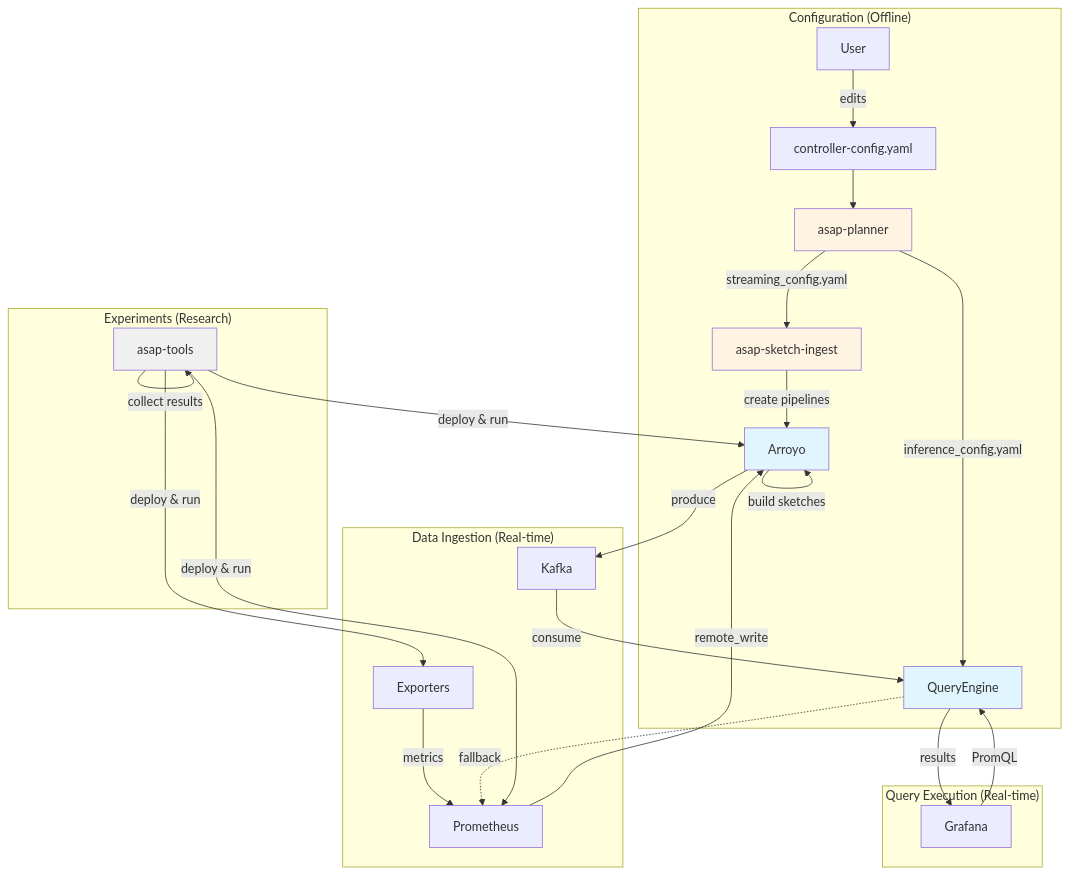
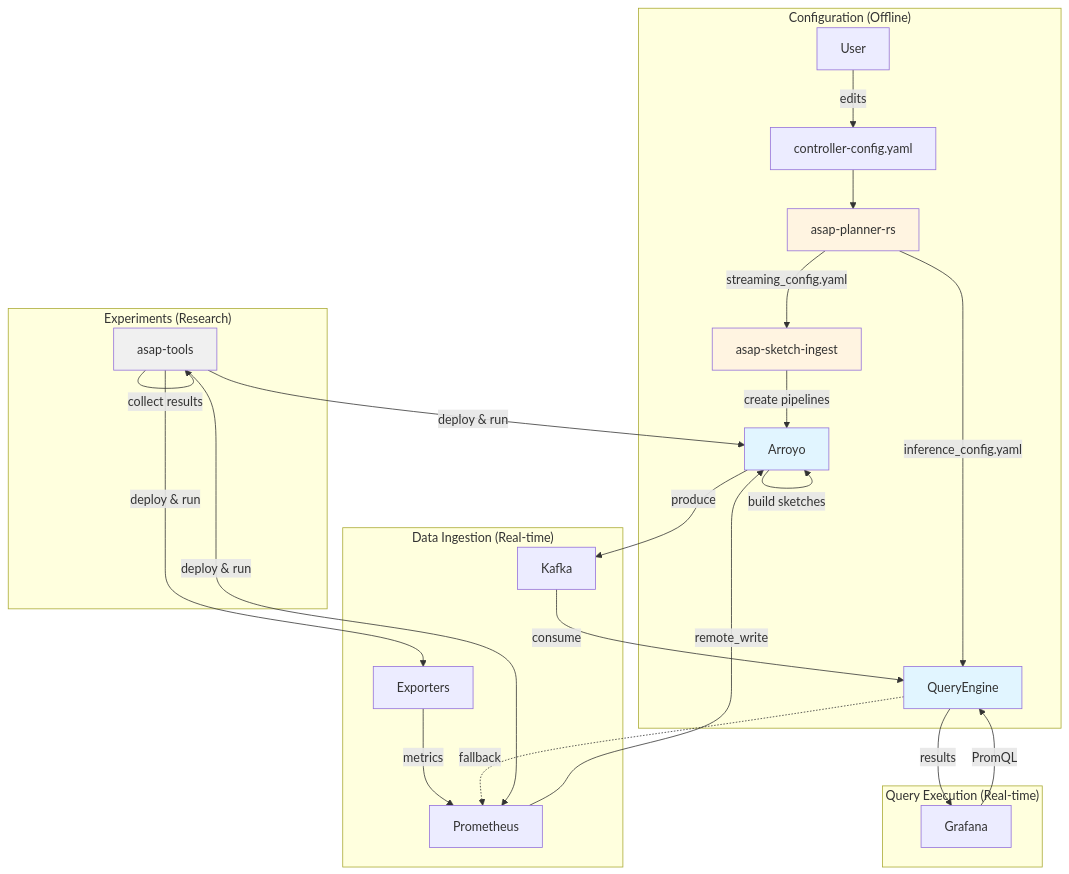
Before and after one commit to ProjectASAP/ASAPQuery: the diagram in docs/02-components/README.md, drawn with Mermaid. The commit also changed other lines of this file and 30 other files, not shown here.

Commit message:
Removed python asap-planner as it superseded by Rust asap-planner-rs

````diff
--- a/docs/02-components/README.md
+++ b/docs/02-components/README.md
@@ -18,37 +18,37 @@
 ```mermaid
 graph TB
     subgraph "Configuration (Offline)"
         U[User] -->|edits| CC[controller-config.yaml]
-        CC --> C[asap-planner]
+        CC --> C[asap-planner-rs]
         C -->|streaming_config.yaml| AS[asap-sketch-ingest]
         C -->|inference_config.yaml| Q
         AS -->|create pipelines| A
     end
 
     subgraph "Data Ingestion (Real-time)"
         E[Exporters] -->|metrics| P[Prometheus]
         P -->|remote_write| A[Arroyo]
         A -->|build sketches| A
         A -->|produce| K[Kafka]
     end
 
     subgraph "Query Execution (Real-time)"
         K -->|consume| Q[QueryEngine]
         G[Grafana] -->|PromQL| Q
         Q -->|results| G
         Q -.->|fallback| P
     end
 
     subgraph "Experiments (Research)"
         EXP[asap-tools] -->|deploy & run| E
         EXP -->|deploy & run| P
         EXP -->|deploy & run| A
         EXP -->|collect results| EXP
     end
 
     style C fill:#fff4e1
     style AS fill:#fff4e1
     style A fill:#e1f5ff
     style Q fill:#e1f5ff
     style EXP fill:#f0f0f0
 ```
````
